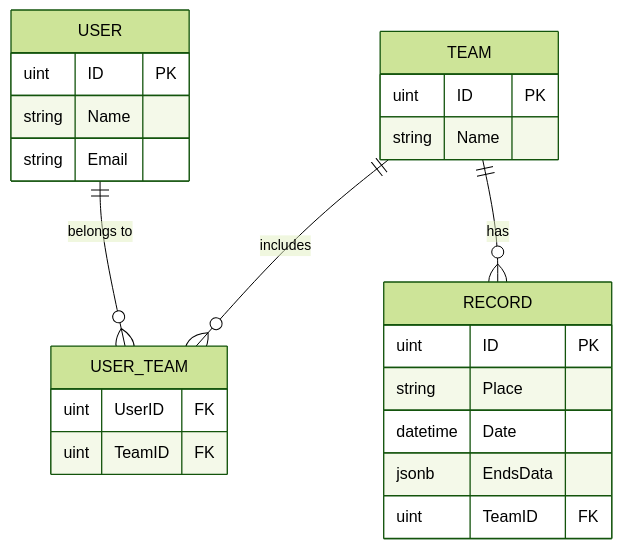
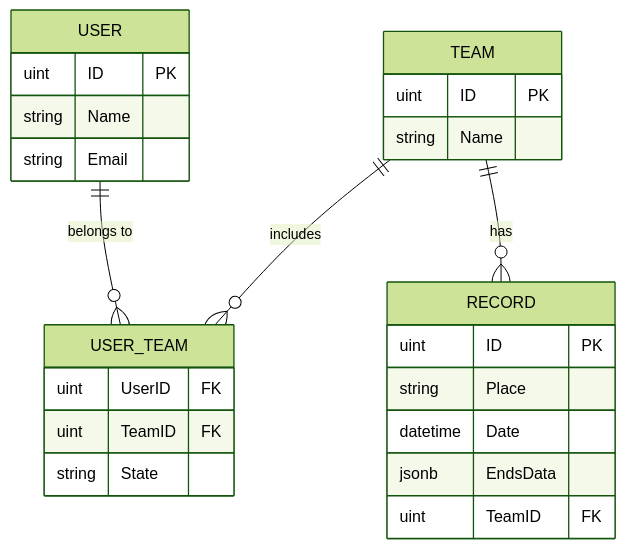
Before and after one commit to PRML-lab/CurlARC-Service: the diagram in docs/erDiagram.md, drawn with Mermaid (forest theme). The commit also changed 6 other files, not shown here.

````diff
--- a/docs/erDiagram.md
+++ b/docs/erDiagram.md
@@ -1,32 +1,33 @@
 ```mermaid
 erDiagram
     USER {
         uint ID PK
         string Name
         string Email
     }
 
     TEAM {
         uint ID PK
         string Name
     }
 
     RECORD {
         uint ID PK
         string Place
         datetime Date
         jsonb EndsData
         uint TeamID FK
     }
 
     USER_TEAM {
         uint UserID FK
         uint TeamID FK
+        string State 
     }
 
     USER ||--o{ USER_TEAM: "belongs to"
     TEAM ||--o{ USER_TEAM: "includes"
     TEAM ||--o{ RECORD: "has"
 
 
 ```
````
